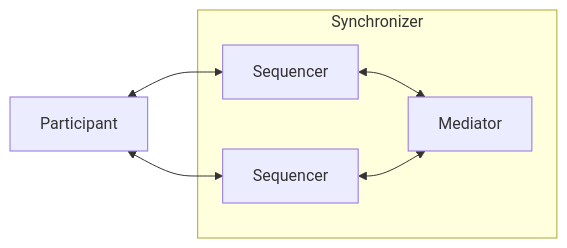
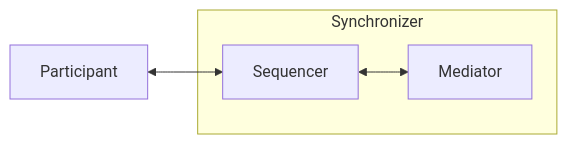
One commit to crisog/daml changed the first of 3 diagrams in docs/content/docs/canton-network/synchronizers.mdx. Above: the diagram before and after it, drawn with Mermaid.

Commit message:
docs: simplify synchronizer diagram by consolidating sequencer nodes

````diff
--- a/docs/content/docs/canton-network/synchronizers.mdx
+++ b/docs/content/docs/canton-network/synchronizers.mdx
@@ -22,15 +22,12 @@
 ```mermaid
 flowchart LR
     P1["Participant"]
 
     subgraph sync ["Synchronizer"]
-        SQ1["Sequencer"]
-        SQ2["Sequencer"]
+        SQ["Sequencer"]
         MD["Mediator"]
-        SQ1 <--> MD
-        SQ2 <--> MD
+        SQ <--> MD
     end
 
-    P1 <--> SQ1
-    P1 <--> SQ2
+    P1 <--> SQ
 ```
````
